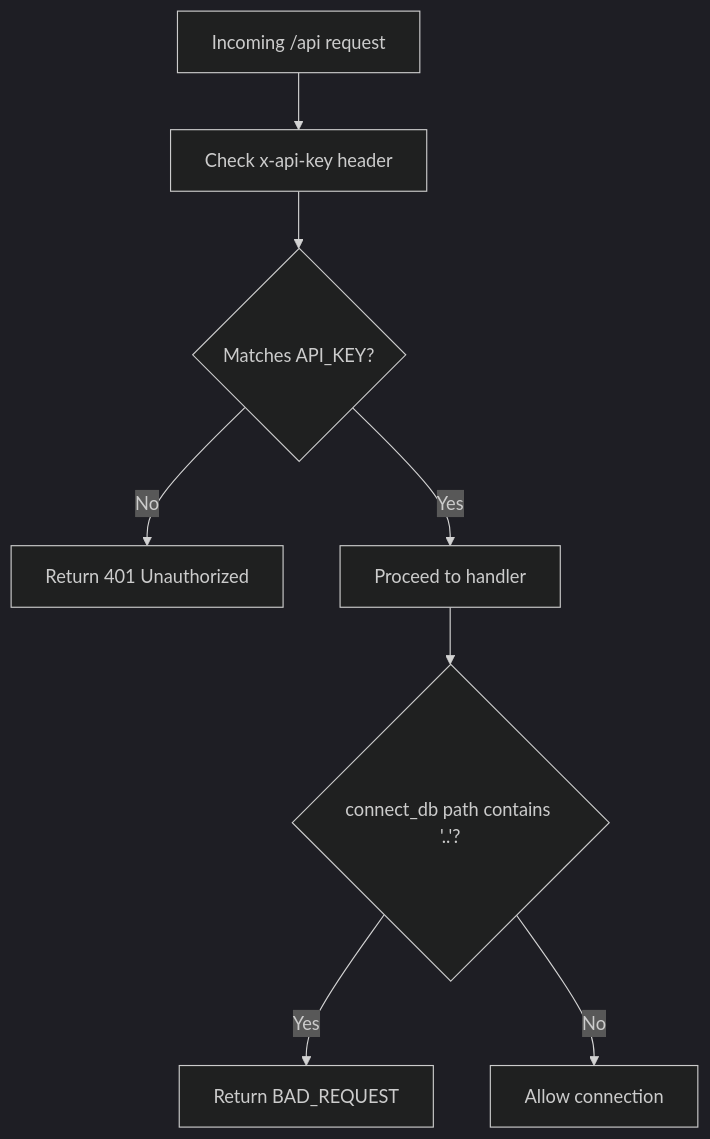
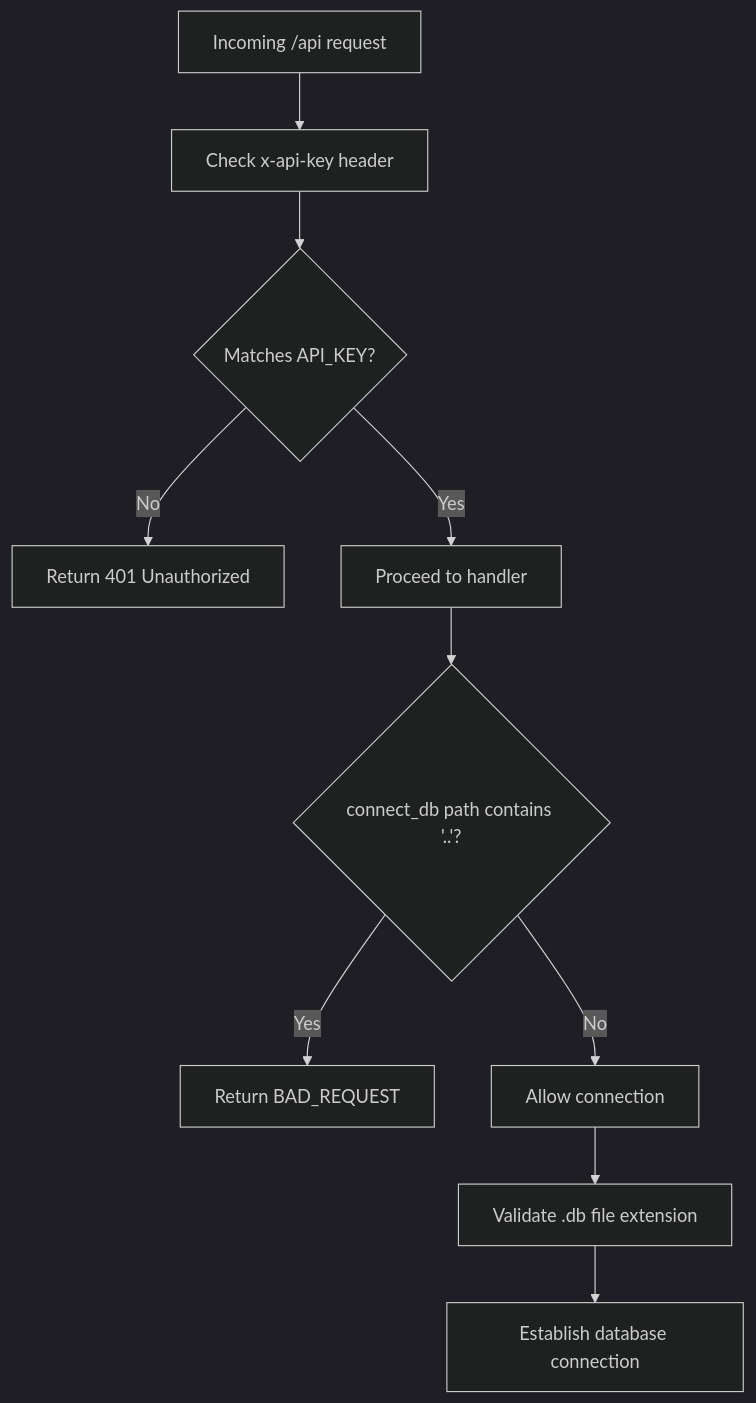
One commit to sutanto1010/crablite changed the tenth of 10 diagrams in .qoder/repowiki/en/content/Architecture & Design.md. Above: the diagram before and after it, drawn with Mermaid (dark theme). The commit also changed other lines of this file and 7 other files, not shown here.

First line of the commit message:
docs(architecture): update detailed system architecture and documentation

````diff
--- a/.qoder/repowiki/en/content/Architecture & Design.md
+++ b/.qoder/repowiki/en/content/Architecture & Design.md
@@ -393,10 +430,12 @@
 ```mermaid
 flowchart TD
 Request["Incoming /api request"] --> CheckHeader["Check x-api-key header"]
 CheckHeader --> ValidKey{"Matches API_KEY?"}
 ValidKey --> |No| Deny["Return 401 Unauthorized"]
 ValidKey --> |Yes| Proceed["Proceed to handler"]
 Proceed --> PathCheck{"connect_db path contains '..'?"}
 PathCheck --> |Yes| BadReq["Return BAD_REQUEST"]
 PathCheck --> |No| SafePath["Allow connection"]
+SafePath --> ValidateDB["Validate .db file extension"]
+ValidateDB --> ConnectDB["Establish database connection"]
 ```
````
